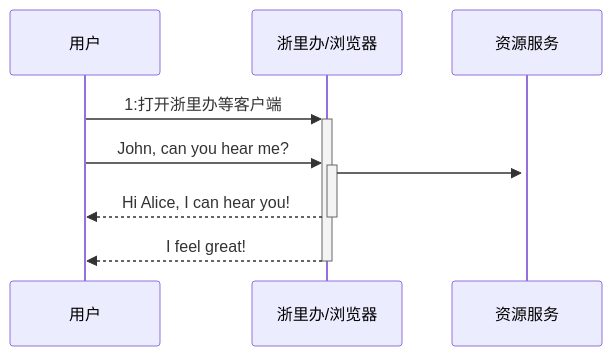
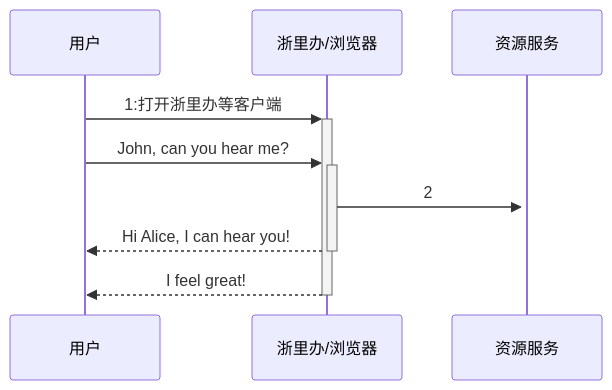
One commit to fifuntop/iodraw-files changed the diagram in all/居民端时序图.md. Above: the diagram before and after it, drawn with Mermaid.

Commit message:
2024-03-14 14:45:47 update

````diff
--- a/all/居民端时序图.md
+++ b/all/居民端时序图.md
@@ -1,9 +1,9 @@
 ```mermaid
 sequenceDiagram
     用户->>+浙里办/浏览器: 1:打开浙里办等客户端
     用户->>+浙里办/浏览器: John, can you hear me?
-    浙里办/浏览器->>+资源服务:
+    浙里办/浏览器->>+资源服务: 2
     浙里办/浏览器-->>-用户: Hi Alice, I can hear you!
     浙里办/浏览器-->>-用户: I feel great!
             
 ```
````
